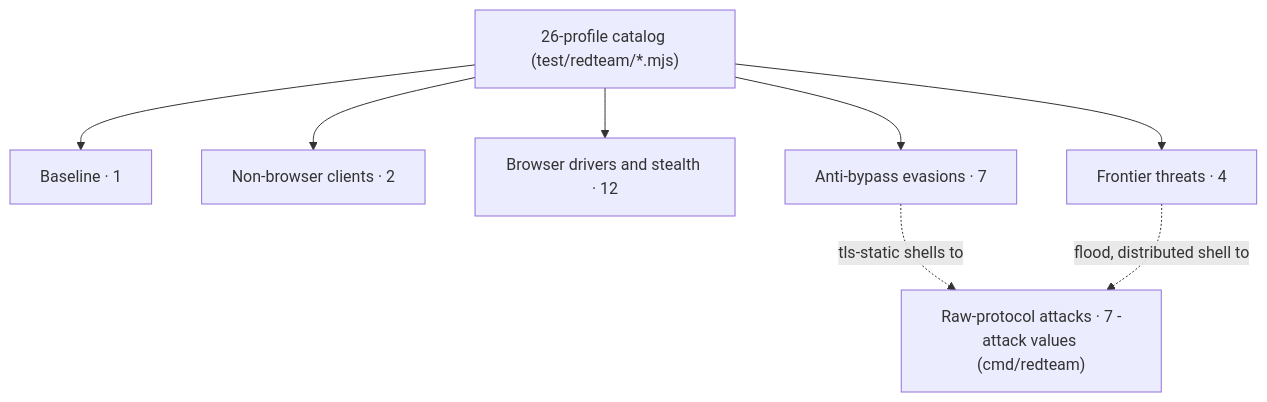
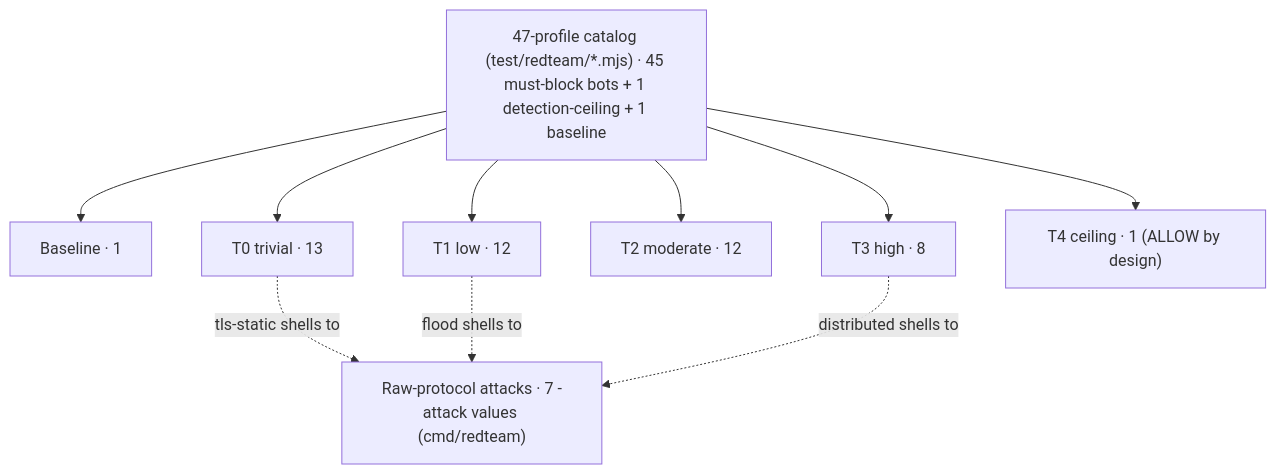
Before and after one commit to modootoday/humanymous: the diagram in docs/reference/red-team-catalog.md, drawn with Mermaid. The commit also changed other lines of this file and 23 other files, not shown here.

````diff
--- a/docs/reference/red-team-catalog.md
+++ b/docs/reference/red-team-catalog.md
@@ -58,12 +62,14 @@
 ```mermaid
 flowchart TD
-  CAT["26-profile catalog (test/redteam/*.mjs)"]
+  CAT["47-profile catalog (test/redteam/*.mjs) · 45 must-block bots + 1 detection-ceiling + 1 baseline"]
   CAT --> BASE["Baseline · 1"]
-  CAT --> NBC["Non-browser clients · 2"]
-  CAT --> BDS["Browser drivers and stealth · 12"]
-  CAT --> ABE["Anti-bypass evasions · 7"]
-  CAT --> FT["Frontier threats · 4"]
+  CAT --> T0["T0 trivial · 13"]
+  CAT --> T1["T1 low · 12"]
+  CAT --> T2["T2 moderate · 12"]
+  CAT --> T3["T3 high · 8"]
+  CAT --> T4["T4 ceiling · 1 (ALLOW by design)"]
   RAW["Raw-protocol attacks · 7 -attack values (cmd/redteam)"]
-  ABE -. "tls-static shells to" .-> RAW
-  FT -. "flood, distributed shell to" .-> RAW
+  T0 -. "tls-static shells to" .-> RAW
+  T1 -. "flood shells to" .-> RAW
+  T3 -. "distributed shells to" .-> RAW
 ```
````
